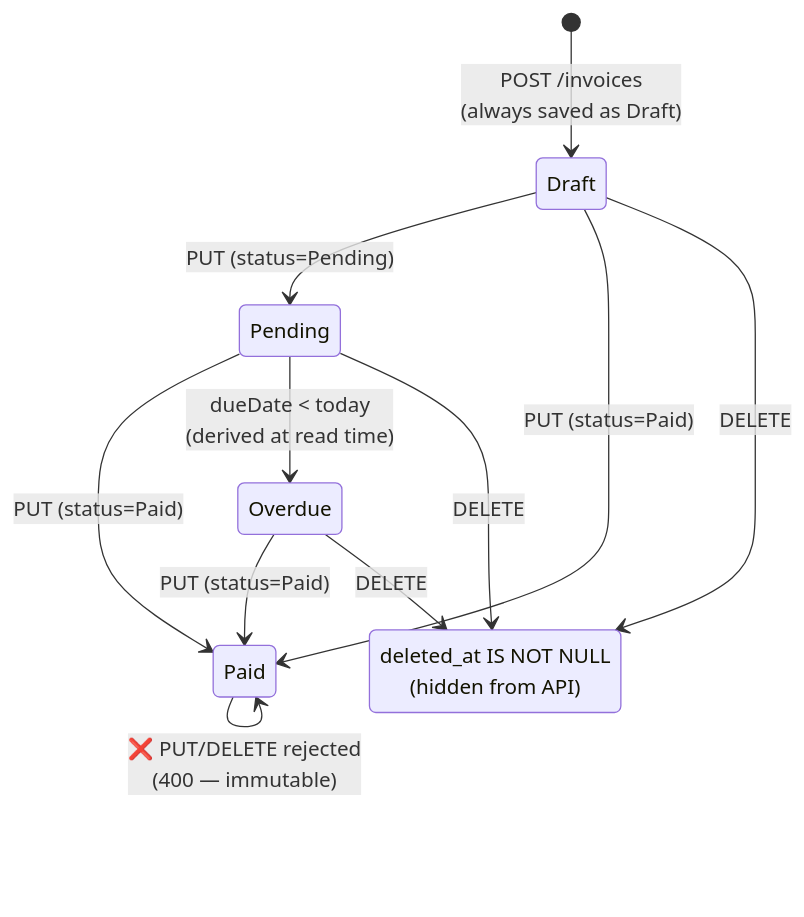
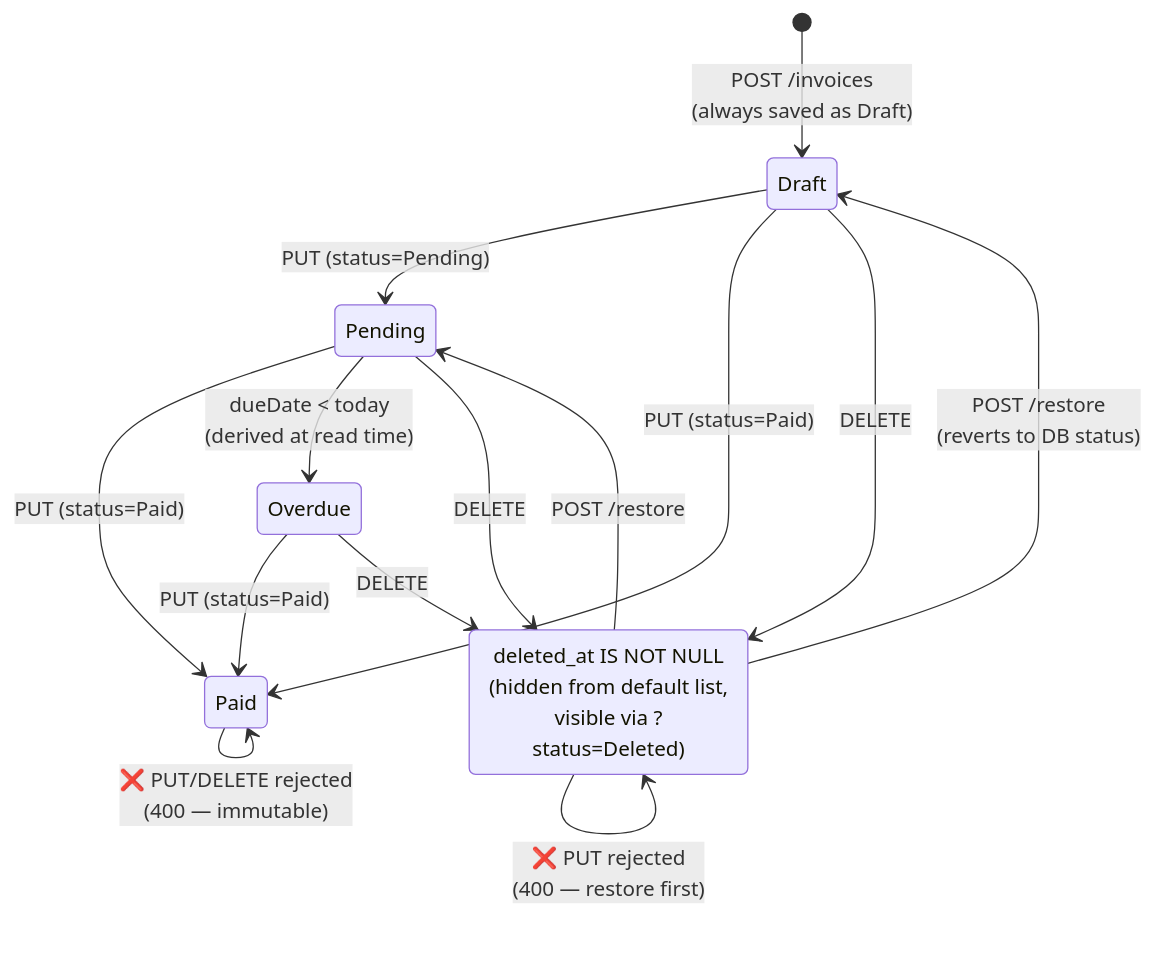
The sixth of 7 diagrams in README.md (to-long/101Digital-test-code), drawn with Mermaid before and after one commit. The commit also changed other lines of this file and 14 other files, not shown here.

First line of the commit message:
feat: recycle bin — filter, view, and restore soft-deleted invoices

````diff
--- a/README.md
+++ b/README.md
@@ -208,16 +208,19 @@
 ```mermaid
 stateDiagram-v2
     [*] --> Draft: POST /invoices<br/>(always saved as Draft)
     Draft --> Pending: PUT (status=Pending)
     Draft --> Paid: PUT (status=Paid)
     Pending --> Paid: PUT (status=Paid)
     Pending --> Overdue: dueDate < today<br/>(derived at read time)
     Overdue --> Paid: PUT (status=Paid)
 
     Draft --> Deleted: DELETE
     Pending --> Deleted: DELETE
     Overdue --> Deleted: DELETE
     Paid --> Paid: ❌ PUT/DELETE rejected<br/>(400 — immutable)
+    Deleted --> Draft: POST /restore<br/>(reverts to DB status)
+    Deleted --> Pending: POST /restore
+    Deleted --> Deleted: ❌ PUT rejected<br/>(400 — restore first)
 
-    Deleted: deleted_at IS NOT NULL<br/>(hidden from API)
+    Deleted: deleted_at IS NOT NULL<br/>(hidden from default list,<br/>visible via ?status=Deleted)
 ```
````
